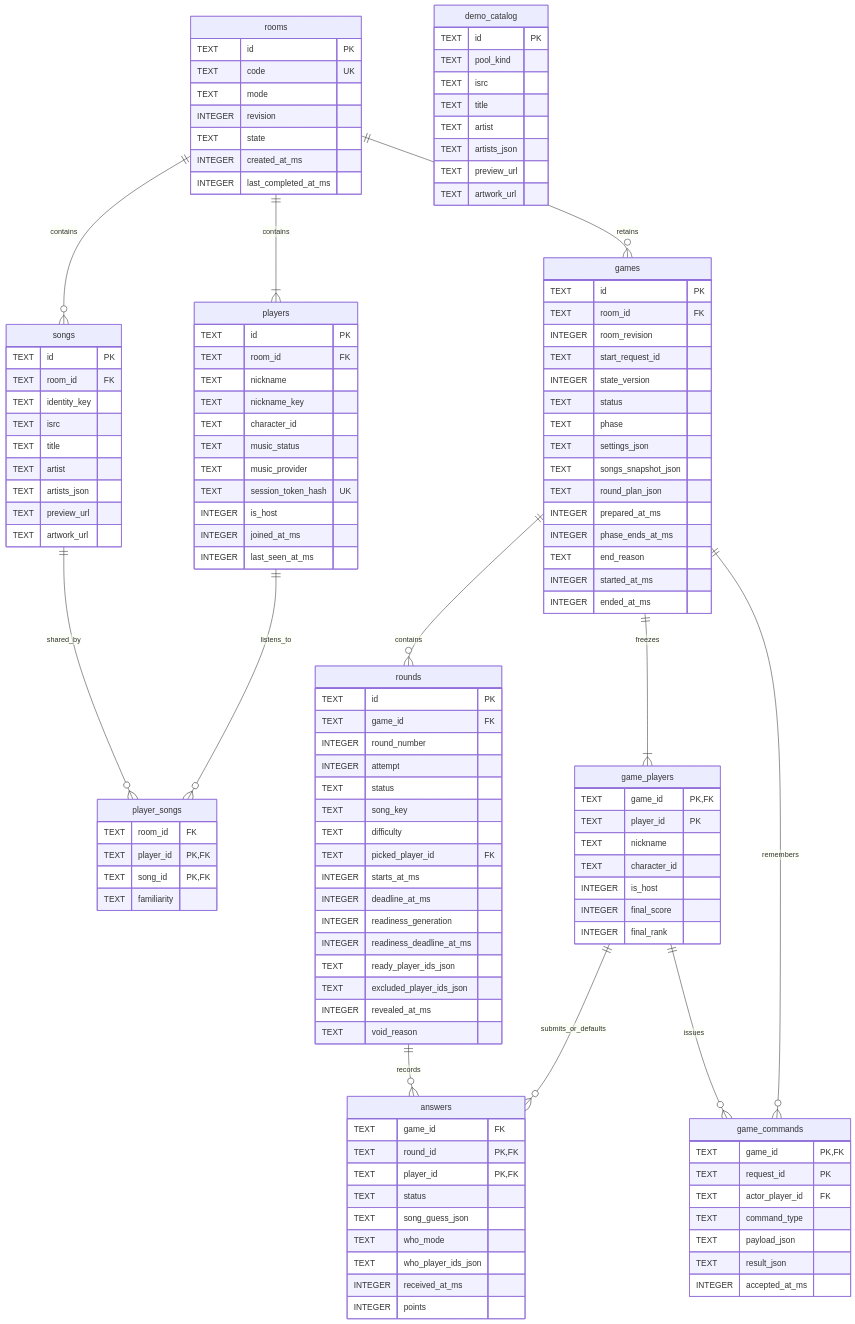
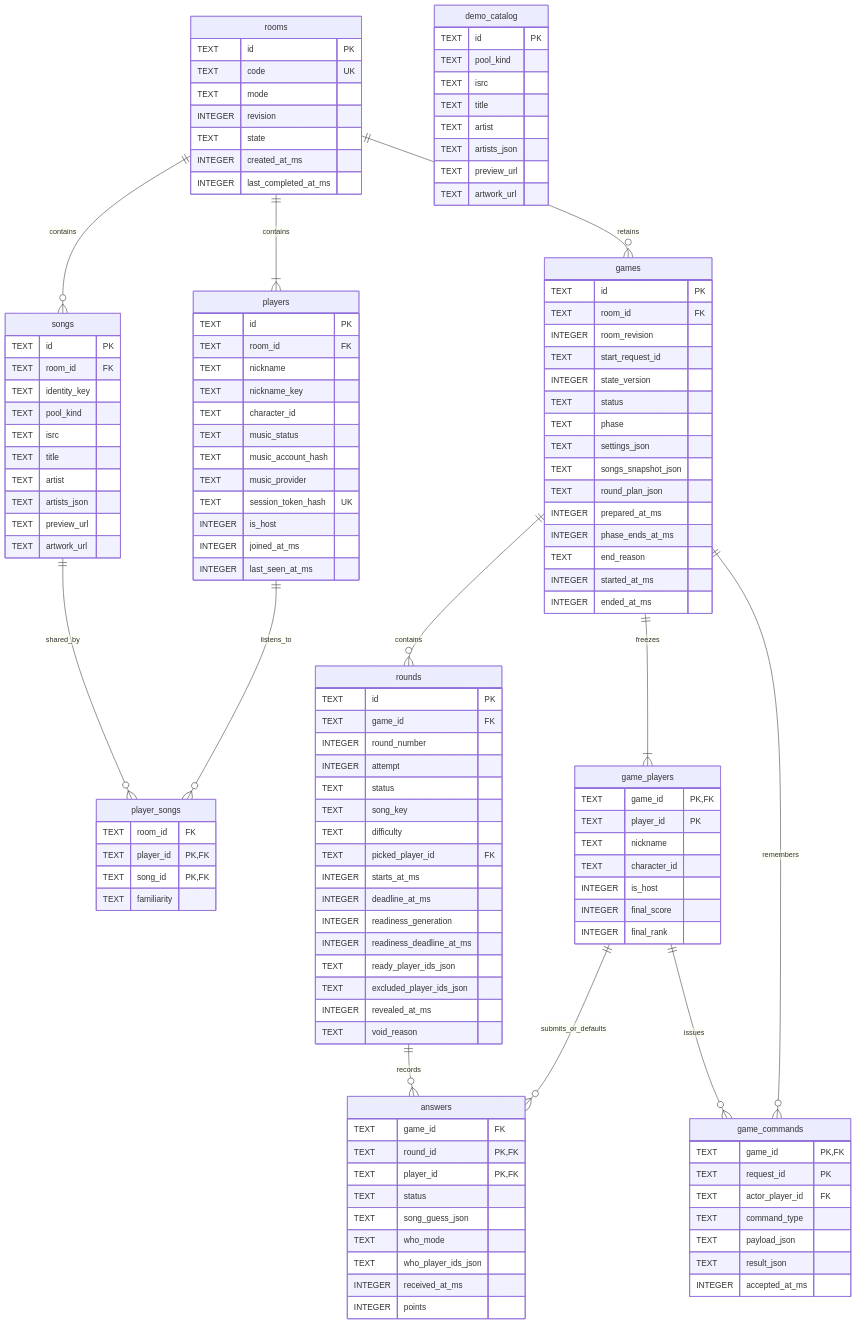
The diagram in docs/06_DATA_MODEL.md (Inventure71/DevOpsAssignement), drawn with Mermaid before and after one commit. The commit also changed other lines of this file and 57 other files, not shown here.

```diff
--- a/docs/06_DATA_MODEL.md
+++ b/docs/06_DATA_MODEL.md
@@ -80,6 +81,7 @@
         TEXT nickname_key
         TEXT character_id
         TEXT music_status
+        TEXT music_account_hash
         TEXT music_provider
         TEXT session_token_hash UK
         INTEGER is_host
@@ -90,6 +92,7 @@
         TEXT id PK
         TEXT room_id FK
         TEXT identity_key
+        TEXT pool_kind
         TEXT isrc
         TEXT title
         TEXT artist
```
